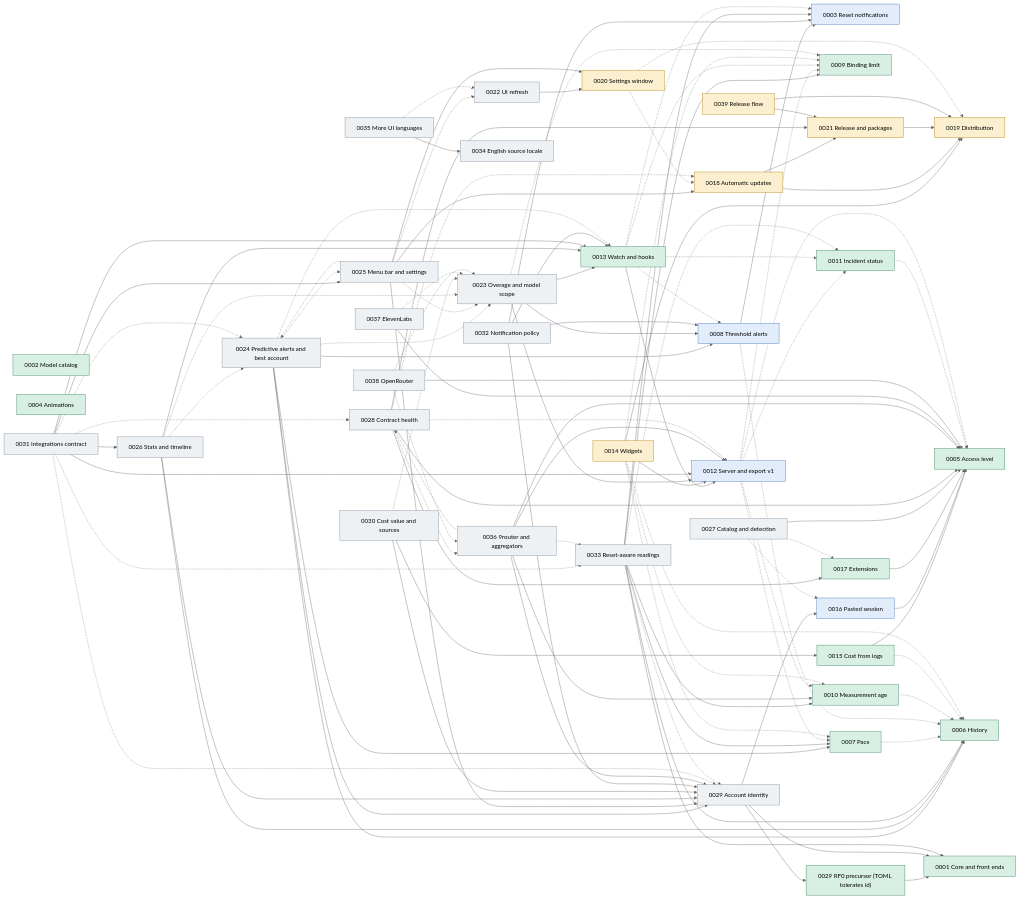
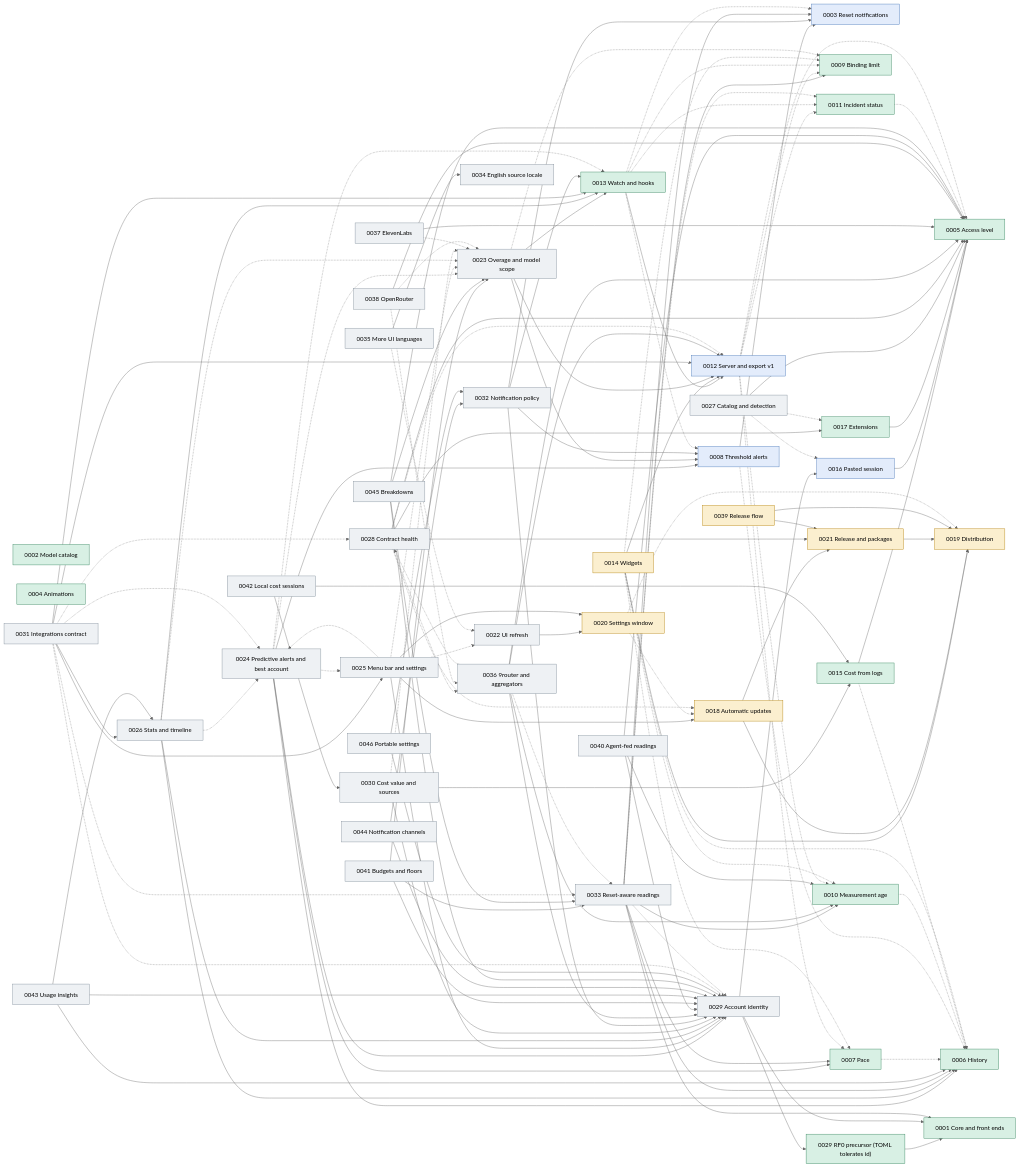
One commit to jmarcon/cuotai changed the diagram in docs/plans/0000_control.md. Above: the diagram before and after it, drawn with Mermaid (neutral theme). The commit also changed other lines of this file, not shown here.

Commit message:
docs(plans): draw PRDs 0040-0046 in the dependency graph
The plan-graph check wants every strong dependency of section 2 as an
edge in section 4 and in "What each plan unblocks".

```diff
--- a/docs/plans/0000_control.md
+++ b/docs/plans/0000_control.md
@@ -240,6 +240,13 @@
   P37["0037 ElevenLabs"]:::todo
   P38["0038 OpenRouter"]:::todo
   P39["0039 Release flow"]:::wip
+  P40["0040 Agent-fed readings"]:::todo
+  P41["0041 Budgets and floors"]:::todo
+  P42["0042 Local cost sessions"]:::todo
+  P43["0043 Usage insights"]:::todo
+  P44["0044 Notification channels"]:::todo
+  P45["0045 Breakdowns"]:::todo
+  P46["0046 Portable settings"]:::todo
 
   P8 --> P3
   P13 --> P12
@@ -298,6 +305,25 @@
   P38 --> P5
   P39 --> P19
   P39 --> P21
+  P40 --> P5
+  P40 --> P10
+  P40 --> P29
+  P41 --> P23
+  P41 --> P29
+  P41 --> P33
+  P42 --> P15
+  P42 --> P30
+  P43 --> P6
+  P43 --> P26
+  P43 --> P29
+  P44 --> P29
+  P44 --> P32
+  P45 --> P5
+  P45 --> P23
+  P45 --> P29
+  P45 --> P33
+  P46 --> P29
+  P46 --> P32
 
   P7 -.-> P6
   P8 -.-> P6
```
